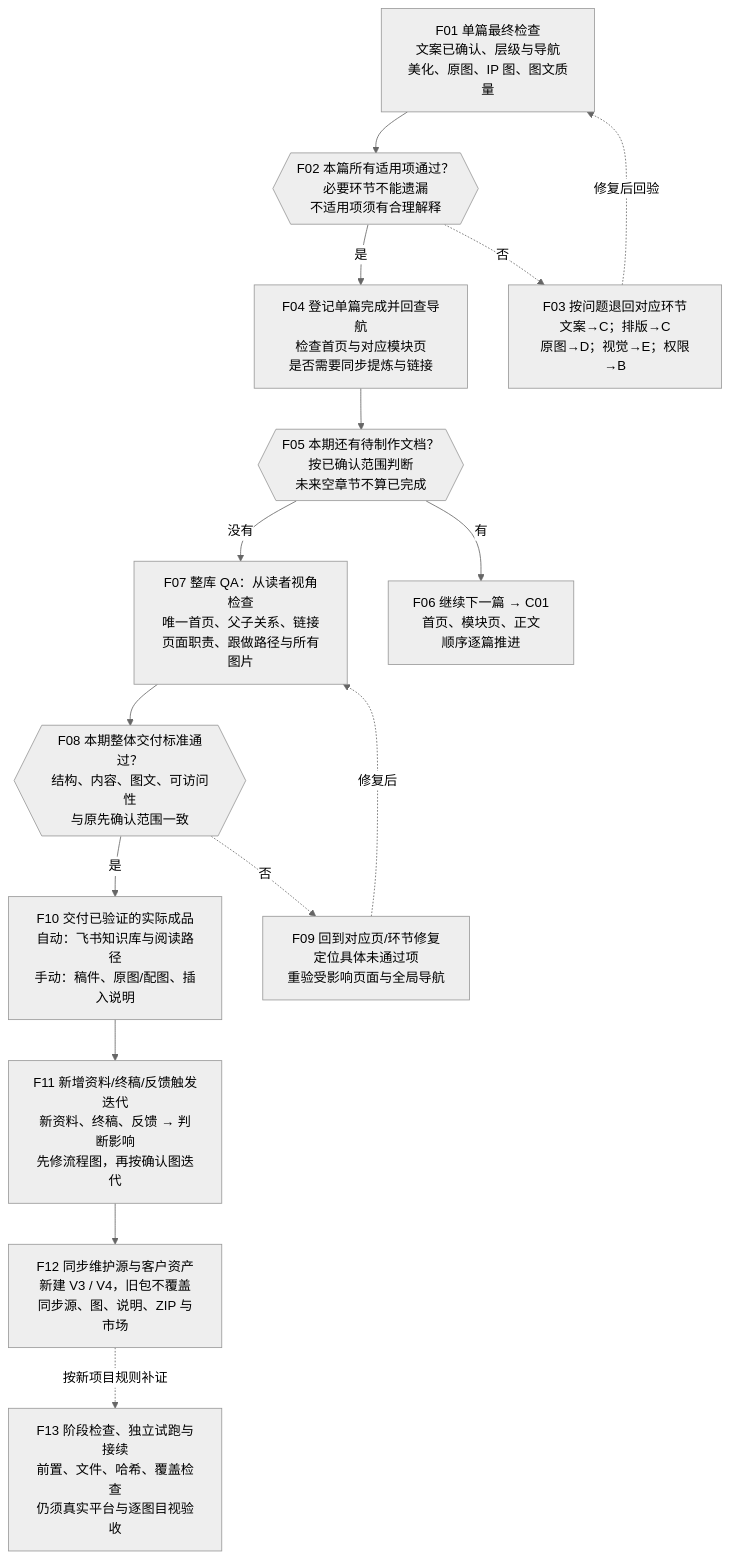
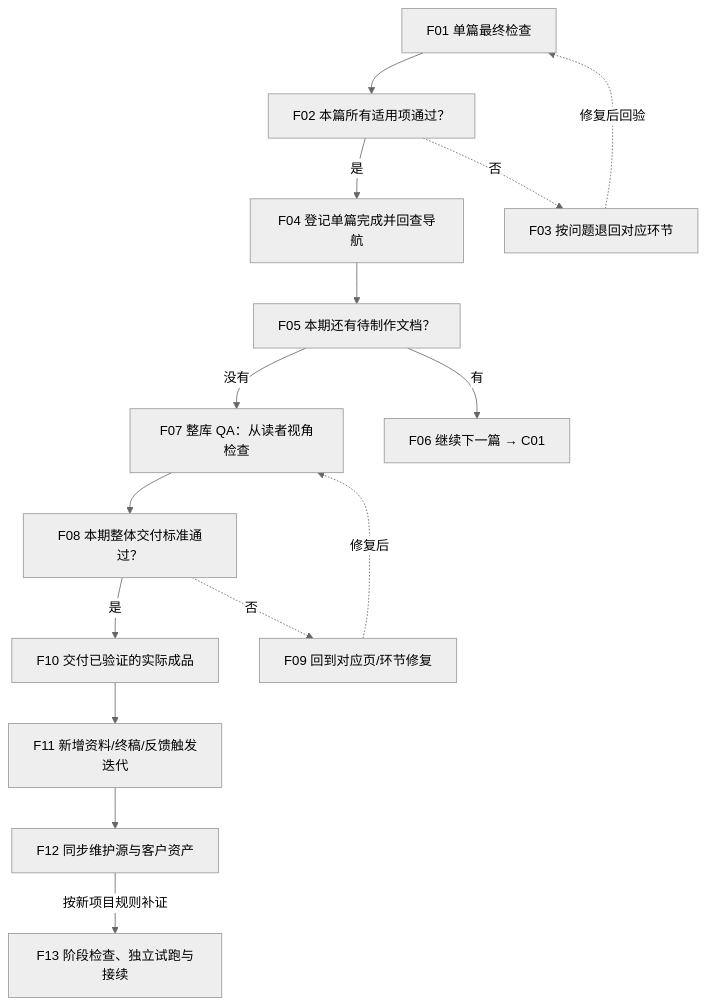
The seventh of 8 diagrams in plugins/feishu-kb-product-builder/skills/feishu-kb-product-builder/references/流程图.md (banmu23/banmu-skills), drawn with Mermaid (neutral theme) before and after one commit. The commit also changed other lines of this file and 53 other files, not shown here.

Commit message:
发布知识库 V3 与正文配图 V2：关键锚点、丰富表演和高质感光影

````diff
--- a/plugins/feishu-kb-product-builder/skills/feishu-kb-product-builder/references/流程图.md
+++ b/plugins/feishu-kb-product-builder/skills/feishu-kb-product-builder/references/流程图.md
@@ -309,30 +310,30 @@
 ```mermaid
 flowchart TD
-  F01["F01 单篇最终检查<br/>文案已确认、层级与导航<br/>美化、原图、IP 图、图文质量"]
-  F02{{"F02 本篇所有适用项通过？<br/>必要环节不能遗漏<br/>不适用项须有合理解释"}}
-  F03["F03 按问题退回对应环节<br/>文案→C；排版→C<br/>原图→D；视觉→E；权限→B"]
-  F04["F04 登记单篇完成并回查导航<br/>检查首页与对应模块页<br/>是否需要同步提炼与链接"]
-  F05{{"F05 本期还有待制作文档？<br/>按已确认范围判断<br/>未来空章节不算已完成"}}
-  F06["F06 继续下一篇 → C01<br/>首页、模块页、正文<br/>顺序逐篇推进"]
-  F07["F07 整库 QA：从读者视角检查<br/>唯一首页、父子关系、链接<br/>页面职责、跟做路径与所有图片"]
-  F08{{"F08 本期整体交付标准通过？<br/>结构、内容、图文、可访问性<br/>与原先确认范围一致"}}
-  F09["F09 回到对应页/环节修复<br/>定位具体未通过项<br/>重验受影响页面与全局导航"]
-  F10["F10 交付已验证的实际成品<br/>自动：飞书知识库与阅读路径<br/>手动：稿件、原图/配图、插入说明"]
-  F11["F11 新增资料/终稿/反馈触发迭代<br/>新资料、终稿、反馈 → 判断影响<br/>先修流程图，再按确认图迭代"]
-  F12["F12 同步维护源与客户资产<br/>新建 V3 / V4，旧包不覆盖<br/>同步源、图、说明、ZIP 与市场"]
-  F13["F13 阶段检查、独立试跑与接续<br/>前置、文件、哈希、覆盖检查<br/>仍须真实平台与逐图目视验收"]
+  F01["F01 单篇最终检查"]
+  F02["F02 本篇所有适用项通过？"]
+  F03["F03 按问题退回对应环节"]
+  F04["F04 登记单篇完成并回查导航"]
+  F05["F05 本期还有待制作文档？"]
+  F06["F06 继续下一篇 → C01"]
+  F07["F07 整库 QA：从读者视角检查"]
+  F08["F08 本期整体交付标准通过？"]
+  F09["F09 回到对应页/环节修复"]
+  F10["F10 交付已验证的实际成品"]
+  F11["F11 新增资料/终稿/反馈触发迭代"]
+  F12["F12 同步维护源与客户资产"]
+  F13["F13 阶段检查、独立试跑与接续"]
   F01 --> F02
   F02 --> |是| F04
   F04 --> F05
   F05 --> |没有| F07
   F07 --> F08
   F08 --> |是| F10
   F10 --> F11
   F11 --> F12
   F02 -.-> |否| F03
   F03 -.-> |修复后回验| F01
   F05 --> |有| F06
   F08 -.-> |否| F09
   F09 -.-> |修复后| F07
-  F12 -.-> |按新项目规则补证| F13
+  F12 --> |按新项目规则补证| F13
 ```
````
